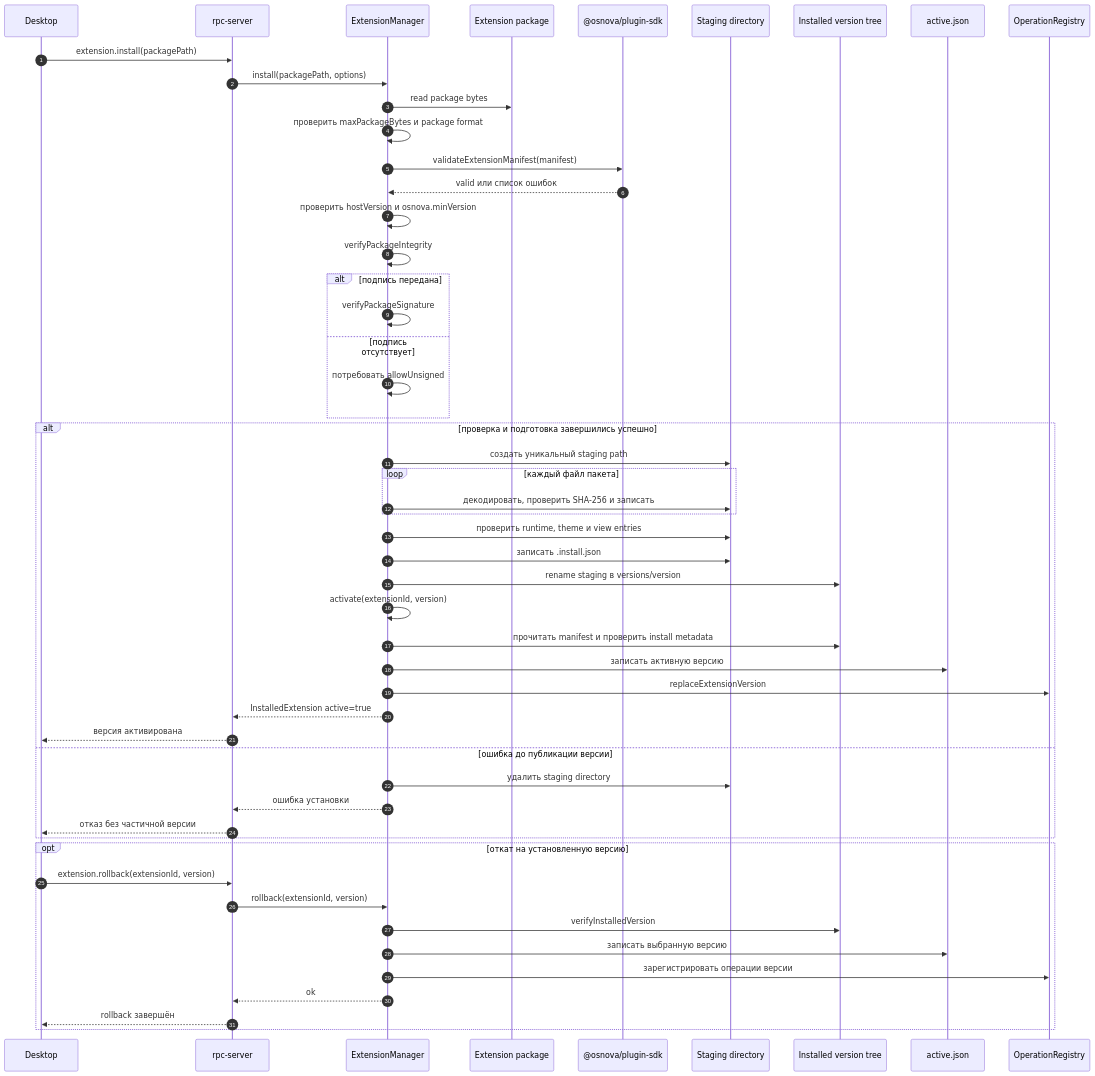
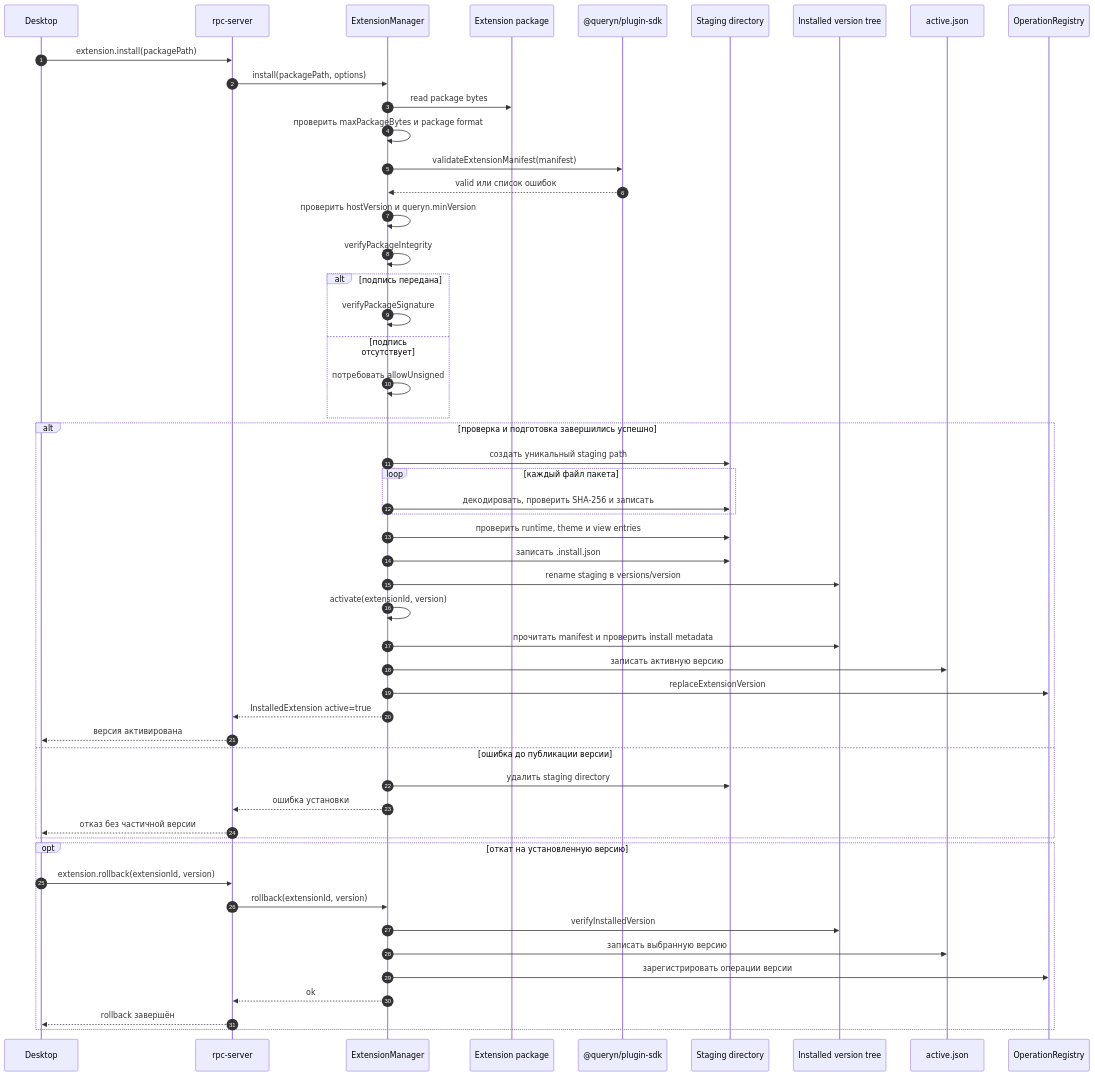
One commit to Queryn-labs/queryn-docs changed the third of 6 diagrams in docs/architecture/flows.md. Above: the diagram before and after it, drawn with Mermaid. The commit also changed other lines of this file and 48 other files, not shown here.

````diff
--- a/docs/architecture/flows.md
+++ b/docs/architecture/flows.md
@@ -178,58 +178,58 @@
 ```mermaid
 sequenceDiagram
     autonumber
     participant Caller as Desktop
     participant Rpc as rpc-server
     participant Manager as ExtensionManager
     participant Package as Extension package
-    participant Sdk as @osnova/plugin-sdk
+    participant Sdk as @queryn/plugin-sdk
     participant Staging as Staging directory
     participant VersionStore as Installed version tree
     participant Active as active.json
     participant Registry as OperationRegistry
 
     Caller->>Rpc: extension.install(packagePath)
     Rpc->>Manager: install(packagePath, options)
     Manager->>Package: read package bytes
     Manager->>Manager: проверить maxPackageBytes и package format
     Manager->>Sdk: validateExtensionManifest(manifest)
     Sdk-->>Manager: valid или список ошибок
-    Manager->>Manager: проверить hostVersion и osnova.minVersion
+    Manager->>Manager: проверить hostVersion и queryn.minVersion
     Manager->>Manager: verifyPackageIntegrity
 
     alt подпись передана
         Manager->>Manager: verifyPackageSignature
     else подпись отсутствует
         Manager->>Manager: потребовать allowUnsigned
     end
 
     alt проверка и подготовка завершились успешно
         Manager->>Staging: создать уникальный staging path
         loop каждый файл пакета
             Manager->>Staging: декодировать, проверить SHA-256 и записать
         end
         Manager->>Staging: проверить runtime, theme и view entries
         Manager->>Staging: записать .install.json
         Manager->>VersionStore: rename staging в versions/version
         Manager->>Manager: activate(extensionId, version)
         Manager->>VersionStore: прочитать manifest и проверить install metadata
         Manager->>Active: записать активную версию
         Manager->>Registry: replaceExtensionVersion
         Manager-->>Rpc: InstalledExtension active=true
         Rpc-->>Caller: версия активирована
     else ошибка до публикации версии
         Manager->>Staging: удалить staging directory
         Manager-->>Rpc: ошибка установки
         Rpc-->>Caller: отказ без частичной версии
     end
 
     opt откат на установленную версию
         Caller->>Rpc: extension.rollback(extensionId, version)
         Rpc->>Manager: rollback(extensionId, version)
         Manager->>VersionStore: verifyInstalledVersion
         Manager->>Active: записать выбранную версию
         Manager->>Registry: зарегистрировать операции версии
         Manager-->>Rpc: ok
         Rpc-->>Caller: rollback завершён
     end
 ```
````
